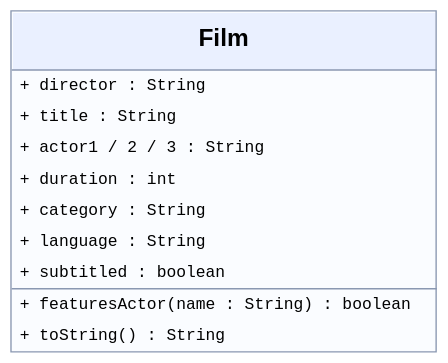
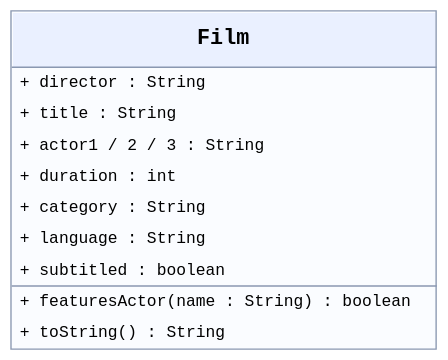
Before and after one commit to edetroll/java-oop: the diagram in content/chapters/02-osztalyok/media/film-en.dot, drawn with Graphviz. The commit also changed 38 other files, not shown here.

```diff
--- a/content/chapters/02-osztalyok/media/film-en.dot
+++ b/content/chapters/02-osztalyok/media/film-en.dot
@@ -1,1 +1,1 @@
-digraph G { graph [bgcolor="transparent",margin=0,pad=0.03]; node [shape=plain]; cl [label=<<TABLE BORDER="1" CELLBORDER="0" CELLSPACING="0" CELLPADDING="3" COLOR="#8a98b1" BGCOLOR="#fafcff"><TR><TD BGCOLOR="#eaf0ff" CELLPADDING="11"><FONT FACE="Arial" POINT-SIZE="18"><B>Film</B></FONT></TD></TR><HR/><TR><TD ALIGN="LEFT" BALIGN="LEFT" CELLPADDING="5"><FONT FACE="monospace" POINT-SIZE="12">+ director : String</FONT></TD></TR><TR><TD ALIGN="LEFT" BALIGN="LEFT" CELLPADDING="5"><FONT FACE="monospace" POINT-SIZE="12">+ title : String</FONT></TD></TR><TR><TD ALIGN="LEFT" BALIGN="LEFT" CELLPADDING="5"><FONT FACE="monospace" POINT-SIZE="12">+ actor1 / 2 / 3 : String</FONT></TD></TR><TR><TD ALIGN="LEFT" BALIGN="LEFT" CELLPADDING="5"><FONT FACE="monospace" POINT-SIZE="12">+ duration : int</FONT></TD></TR><TR><TD ALIGN="LEFT" BALIGN="LEFT" CELLPADDING="5"><FONT FACE="monospace" POINT-SIZE="12">+ category : String</FONT></TD></TR><TR><TD ALIGN="LEFT" BALIGN="LEFT" CELLPADDING="5"><FONT FACE="monospace" POINT-SIZE="12">+ language : String</FONT></TD></TR><TR><TD ALIGN="LEFT" BALIGN="LEFT" CELLPADDING="5"><FONT FACE="monospace" POINT-SIZE="12">+ subtitled : boolean</FONT></TD></TR><HR/><TR><TD ALIGN="LEFT" BALIGN="LEFT" CELLPADDING="5"><FONT FACE="monospace" POINT-SIZE="12">+ featuresActor(name : String) : boolean</FONT></TD></TR><TR><TD ALIGN="LEFT" BALIGN="LEFT" CELLPADDING="5"><FONT FACE="monospace" POINT-SIZE="12">+ toString() : String</FONT></TD></TR></TABLE>>]; }
+digraph G { graph [bgcolor="transparent",margin=0,pad=0.03]; node [fontname="Liberation Mono",fontsize=12,shape=plain]; cl [label=<<TABLE BORDER="1" CELLBORDER="0" CELLSPACING="0" CELLPADDING="3" COLOR="#8a98b1" BGCOLOR="#fafcff"><TR><TD BGCOLOR="#eaf0ff" CELLPADDING="11"><FONT FACE="Liberation Mono" POINT-SIZE="16"><B>Film</B></FONT></TD></TR><HR/><TR><TD ALIGN="LEFT" BALIGN="LEFT" CELLPADDING="5"><FONT FACE="Liberation Mono" POINT-SIZE="12">+ director : String</FONT></TD></TR><TR><TD ALIGN="LEFT" BALIGN="LEFT" CELLPADDING="5"><FONT FACE="Liberation Mono" POINT-SIZE="12">+ title : String</FONT></TD></TR><TR><TD ALIGN="LEFT" BALIGN="LEFT" CELLPADDING="5"><FONT FACE="Liberation Mono" POINT-SIZE="12">+ actor1 / 2 / 3 : String</FONT></TD></TR><TR><TD ALIGN="LEFT" BALIGN="LEFT" CELLPADDING="5"><FONT FACE="Liberation Mono" POINT-SIZE="12">+ duration : int</FONT></TD></TR><TR><TD ALIGN="LEFT" BALIGN="LEFT" CELLPADDING="5"><FONT FACE="Liberation Mono" POINT-SIZE="12">+ category : String</FONT></TD></TR><TR><TD ALIGN="LEFT" BALIGN="LEFT" CELLPADDING="5"><FONT FACE="Liberation Mono" POINT-SIZE="12">+ language : String</FONT></TD></TR><TR><TD ALIGN="LEFT" BALIGN="LEFT" CELLPADDING="5"><FONT FACE="Liberation Mono" POINT-SIZE="12">+ subtitled : boolean</FONT></TD></TR><HR/><TR><TD ALIGN="LEFT" BALIGN="LEFT" CELLPADDING="5"><FONT FACE="Liberation Mono" POINT-SIZE="12">+ featuresActor(name : String) : boolean</FONT></TD></TR><TR><TD ALIGN="LEFT" BALIGN="LEFT" CELLPADDING="5"><FONT FACE="Liberation Mono" POINT-SIZE="12">+ toString() : String</FONT></TD></TR></TABLE>>]; }
```
